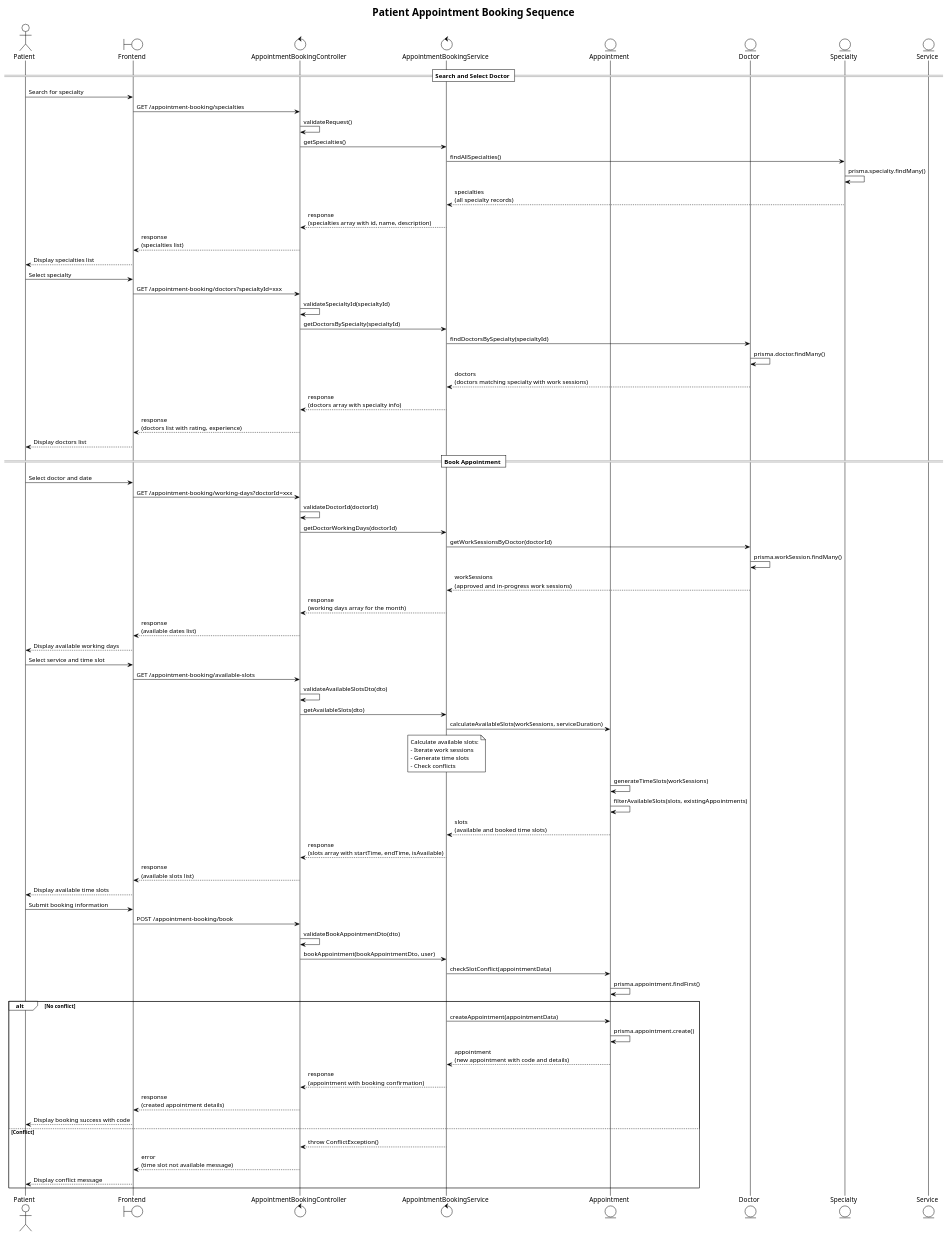
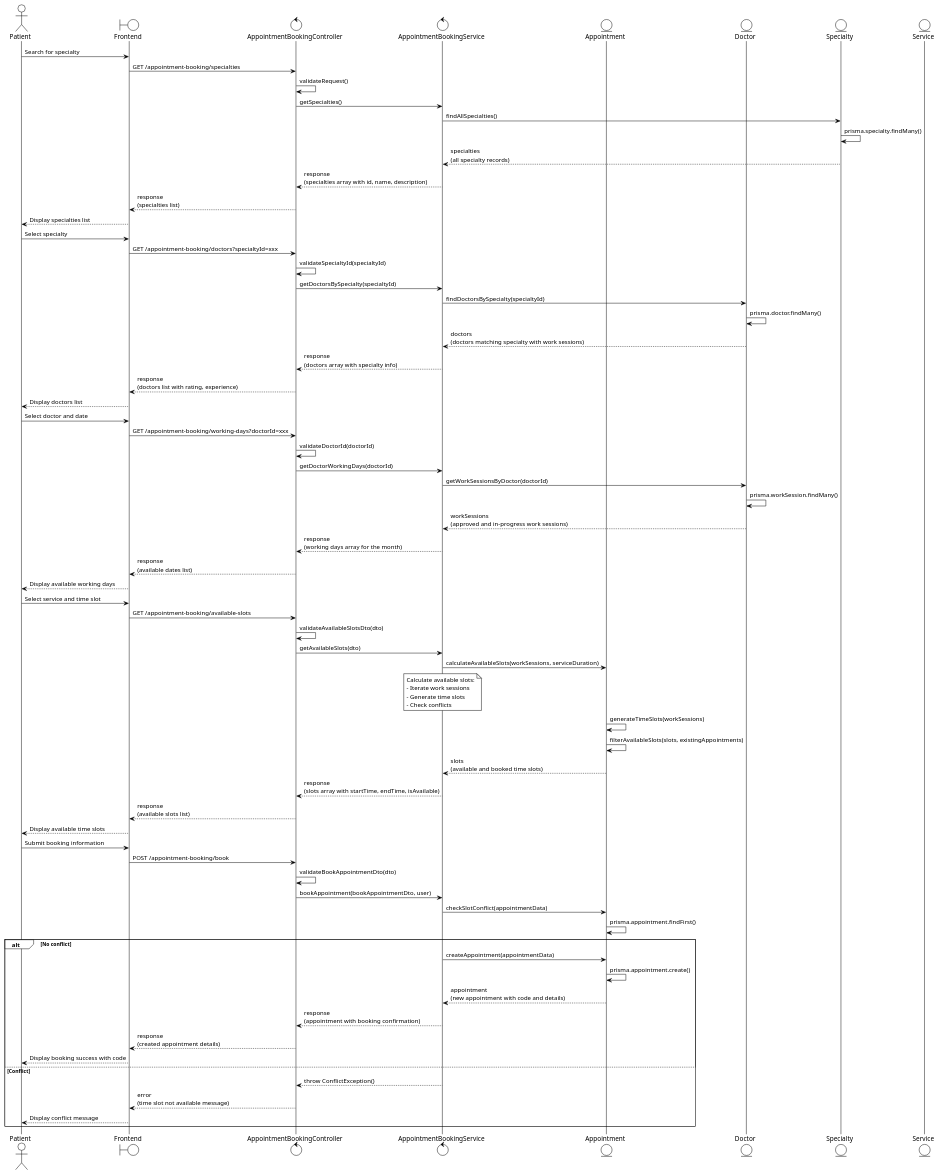
Before and after one commit to iamKhang/revita-be: the diagram in docs/appointment-booking-patient-sequence.puml, drawn with PlantUML. The commit also changed 17 other files, not shown here.

```diff
--- a/docs/appointment-booking-patient-sequence.puml
+++ b/docs/appointment-booking-patient-sequence.puml
@@ -1,88 +1,84 @@
 @startuml Appointment Booking - Patient Sequence Diagram
 !theme plain
-title Patient Appointment Booking Sequence
 
 actor "Patient" as P
 boundary "Frontend" as F
 control "AppointmentBookingController" as C
 control "AppointmentBookingService" as S
 entity "Appointment" as A
 entity "Doctor" as D
 entity "Specialty" as SP
 entity "Service" as SV
 
-== Search and Select Doctor ==
 
 P -> F: Search for specialty
 F -> C: GET /appointment-booking/specialties
 C -> C: validateRequest()
 C -> S: getSpecialties()
 S -> SP: findAllSpecialties()
 SP -> SP: prisma.specialty.findMany()
 SP --> S: specialties\n(all specialty records)
 S --> C: response\n(specialties array with id, name, description)
 C --> F: response\n(specialties list)
 F --> P: Display specialties list
 
 P -> F: Select specialty
 F -> C: GET /appointment-booking/doctors?specialtyId=xxx
 C -> C: validateSpecialtyId(specialtyId)
 C -> S: getDoctorsBySpecialty(specialtyId)
 S -> D: findDoctorsBySpecialty(specialtyId)
 D -> D: prisma.doctor.findMany()
 D --> S: doctors\n(doctors matching specialty with work sessions)
 S --> C: response\n(doctors array with specialty info)
 C --> F: response\n(doctors list with rating, experience)
 F --> P: Display doctors list
-
-== Book Appointment ==
 
 P -> F: Select doctor and date
 F -> C: GET /appointment-booking/working-days?doctorId=xxx
 C -> C: validateDoctorId(doctorId)
 C -> S: getDoctorWorkingDays(doctorId)
 S -> D: getWorkSessionsByDoctor(doctorId)
 D -> D: prisma.workSession.findMany()
 D --> S: workSessions\n(approved and in-progress work sessions)
 S --> C: response\n(working days array for the month)
 C --> F: response\n(available dates list)
 F --> P: Display available working days
 
 P -> F: Select service and time slot
 F -> C: GET /appointment-booking/available-slots
 C -> C: validateAvailableSlotsDto(dto)
 C -> S: getAvailableSlots(dto)
 S -> A: calculateAvailableSlots(workSessions, serviceDuration)
 
 note over S: Calculate available slots:\n- Iterate work sessions\n- Generate time slots\n- Check conflicts
 
 A -> A: generateTimeSlots(workSessions)
 A -> A: filterAvailableSlots(slots, existingAppointments)
 A --> S: slots\n(available and booked time slots)
 S --> C: response\n(slots array with startTime, endTime, isAvailable)
 C --> F: response\n(available slots list)
 F --> P: Display available time slots
 
 P -> F: Submit booking information
 F -> C: POST /appointment-booking/book
 C -> C: validateBookAppointmentDto(dto)
 C -> S: bookAppointment(bookAppointmentDto, user)
 
 S -> A: checkSlotConflict(appointmentData)
 A -> A: prisma.appointment.findFirst()
 
 alt No conflict
   S -> A: createAppointment(appointmentData)
   A -> A: prisma.appointment.create()
   A --> S: appointment\n(new appointment with code and details)
   S --> C: response\n(appointment with booking confirmation)
   C --> F: response\n(created appointment details)
   F --> P: Display booking success with code
   
 else Conflict
   S --> C: throw ConflictException()
   C --> F: error\n(time slot not available message)
   F --> P: Display conflict message
 end
 
 @enduml
```
